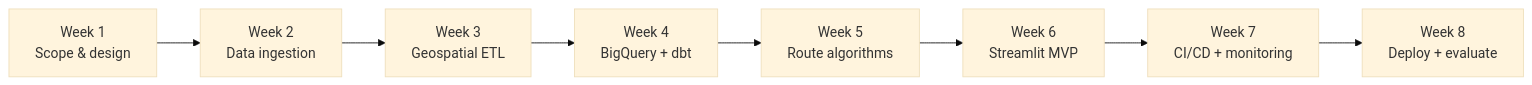
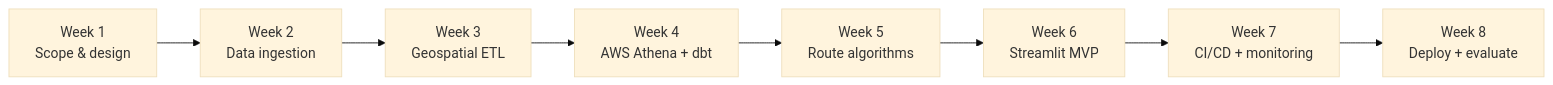
The first of 6 diagrams in Project Roadmap.md (IshmitaBasu/HerRoute), drawn with Mermaid (base theme) before and after one commit. The commit also changed other lines of this file and 10 other files, not shown here.

````diff
--- a/Project Roadmap.md
+++ b/Project Roadmap.md
@@ -68,10 +68,10 @@
 ```mermaid
 flowchart LR
     W1["Week 1<br/>Scope & design"] --> W2["Week 2<br/>Data ingestion"]
     W2 --> W3["Week 3<br/>Geospatial ETL"]
-    W3 --> W4["Week 4<br/>BigQuery + dbt"]
+    W3 --> W4["Week 4<br/>AWS Athena + dbt"]
     W4 --> W5["Week 5<br/>Route algorithms"]
     W5 --> W6["Week 6<br/>Streamlit MVP"]
     W6 --> W7["Week 7<br/>CI/CD + monitoring"]
     W7 --> W8["Week 8<br/>Deploy + evaluate"]
 ```
````
